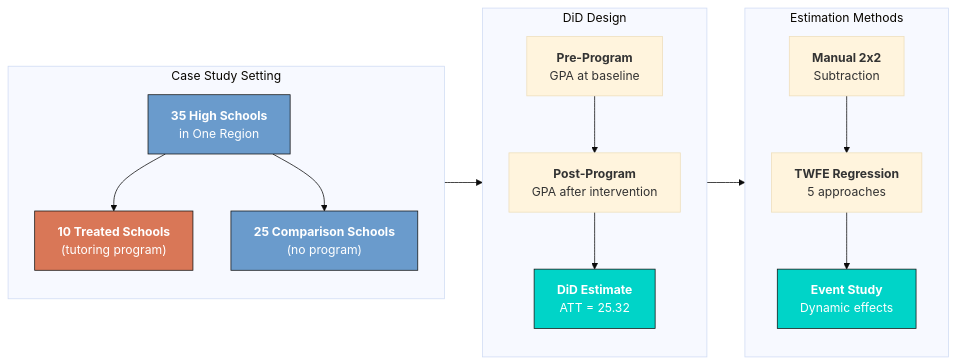
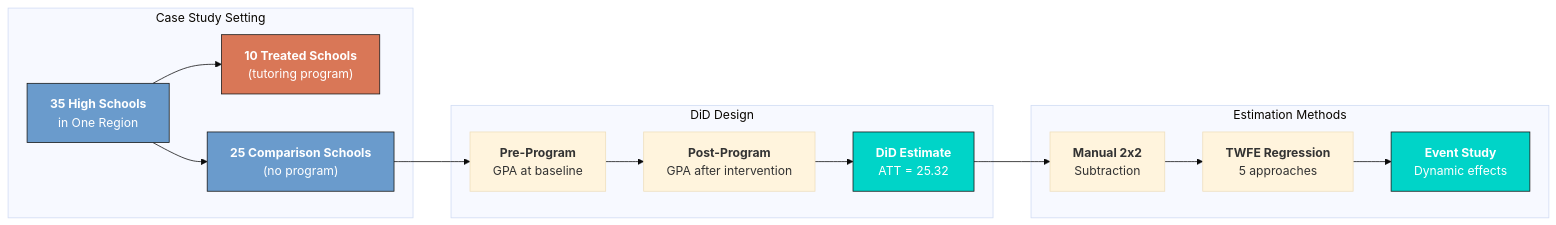
One commit to cmg777/starter-academic-v501 changed the diagram in content/post/stata_did/index.md. Above: the diagram before and after it, drawn with Mermaid (base theme).

Commit message:
Fix Mermaid diagram subgraph syntax for Wowchemy v5 compatibility
Use subgraph "Label" instead of subgraph ID ["Label"] and connect
subgraphs via node IDs instead of subgraph IDs.

````diff
--- a/content/post/stata_did/index.md
+++ b/content/post/stata_did/index.md
@@ -70,32 +70,33 @@
 ```mermaid
 graph LR
-    subgraph Setting ["Case Study Setting"]
+    subgraph "Case Study Setting"
     A["<b>35 High Schools</b><br/>in One Region"]
     B["<b>10 Treated Schools</b><br/>(tutoring program)"]
     C["<b>25 Comparison Schools</b><br/>(no program)"]
     A --> B
     A --> C
     end
 
-    subgraph Design ["DiD Design"]
+    subgraph "DiD Design"
     D["<b>Pre-Program</b><br/>GPA at baseline"]
     E["<b>Post-Program</b><br/>GPA after intervention"]
     F["<b>DiD Estimate</b><br/>ATT = 25.32"]
     D --> E --> F
     end
 
-    subgraph Methods ["Estimation Methods"]
+    subgraph "Estimation Methods"
     G["<b>Manual 2x2</b><br/>Subtraction"]
     H["<b>TWFE Regression</b><br/>5 approaches"]
     I["<b>Event Study</b><br/>Dynamic effects"]
     G --> H --> I
     end
 
-    Setting --> Design --> Methods
+    C --> D
+    F --> G
 
     style A fill:#6a9bcc,stroke:#141413,color:#fff
     style B fill:#d97757,stroke:#141413,color:#fff
     style C fill:#6a9bcc,stroke:#141413,color:#fff
     style F fill:#00d4c8,stroke:#141413,color:#fff
     style I fill:#00d4c8,stroke:#141413,color:#fff
 ```
````
